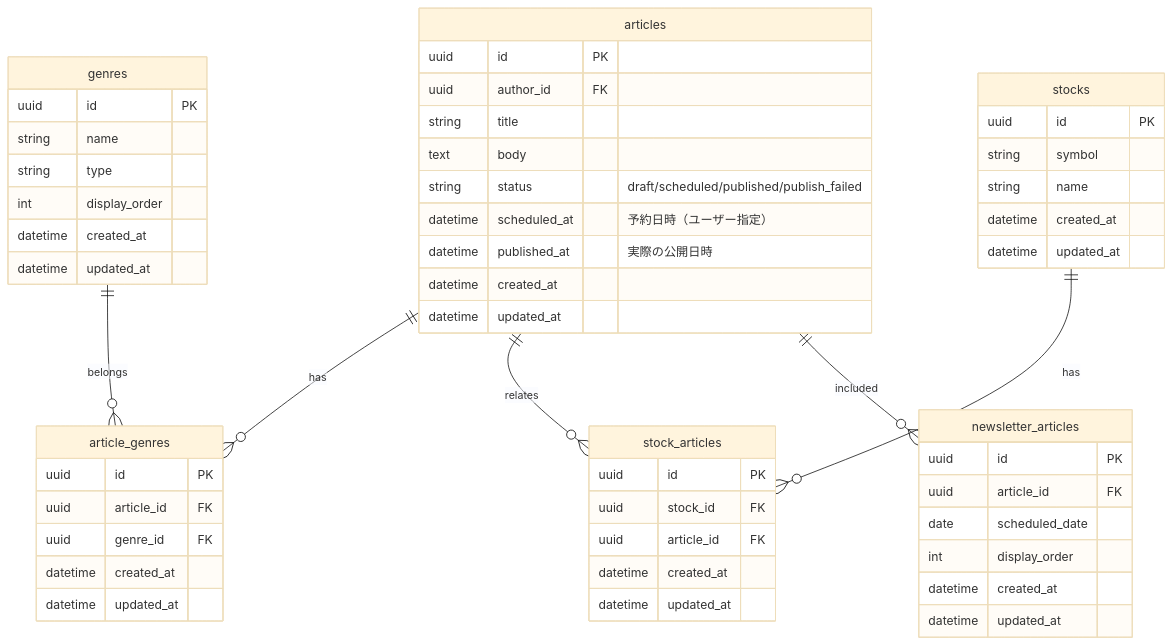
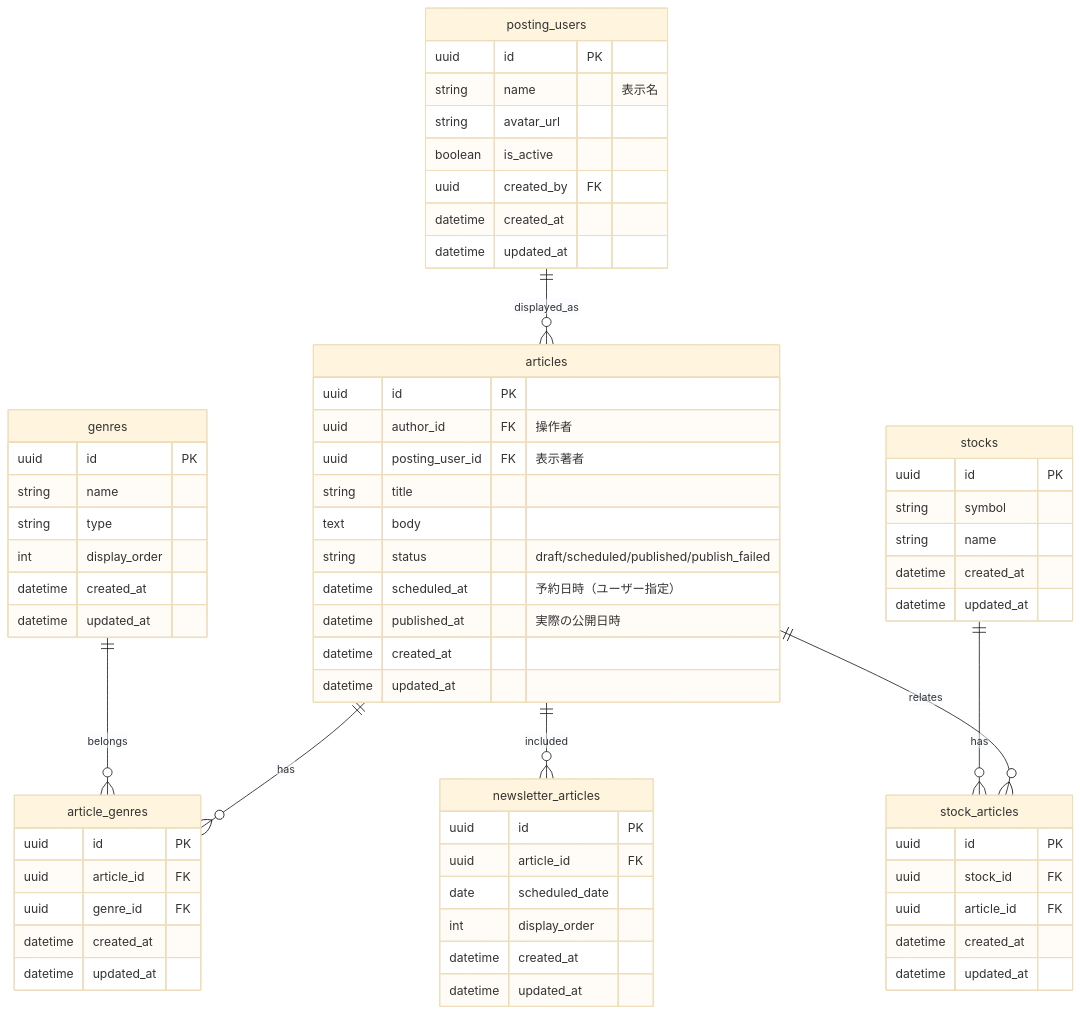
One commit to RRRRRRR-777/SikouLab changed the first of 3 diagrams in docs/functions/article/create-edit.md. Above: the diagram before and after it, drawn with Mermaid (base theme). The commit also changed other lines of this file and 5 other files, not shown here.

````diff
--- a/docs/functions/article/create-edit.md
+++ b/docs/functions/article/create-edit.md
@@ -83,63 +86,75 @@
 ```mermaid
 erDiagram
     %% 正: docs/versions/1_0_0/system_datas.md
+    posting_users ||--o{ articles : "displayed_as"
     articles ||--o{ article_genres : "has"
     genres ||--o{ article_genres : "belongs"
     articles ||--o{ stock_articles : "relates"
     stocks ||--o{ stock_articles : "has"
     articles ||--o{ newsletter_articles : "included"
 
+    posting_users {
+        uuid id PK
+        string name "表示名"
+        string avatar_url
+        boolean is_active
+        uuid created_by FK
+        datetime created_at
+        datetime updated_at
+    }
+
     articles {
         uuid id PK
-        uuid author_id FK
+        uuid author_id FK "操作者"
+        uuid posting_user_id FK "表示著者"
         string title
         text body
         string status "draft/scheduled/published/publish_failed"
         datetime scheduled_at "予約日時（ユーザー指定）"
         datetime published_at "実際の公開日時"
         datetime created_at
         datetime updated_at
     }
 
     article_genres {
         uuid id PK
         uuid article_id FK
         uuid genre_id FK
         datetime created_at
         datetime updated_at
     }
 
     genres {
         uuid id PK
         string name
         string type
         int display_order
         datetime created_at
         datetime updated_at
     }
 
     stock_articles {
         uuid id PK
         uuid stock_id FK
         uuid article_id FK
         datetime created_at
         datetime updated_at
     }
 
     stocks {
         uuid id PK
         string symbol
         string name
         datetime created_at
         datetime updated_at
     }
 
     newsletter_articles {
         uuid id PK
         uuid article_id FK
         date scheduled_date
         int display_order
         datetime created_at
         datetime updated_at
     }
 ```
````
